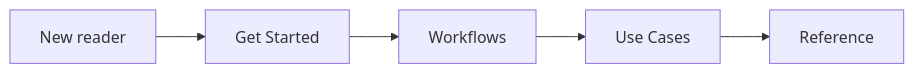
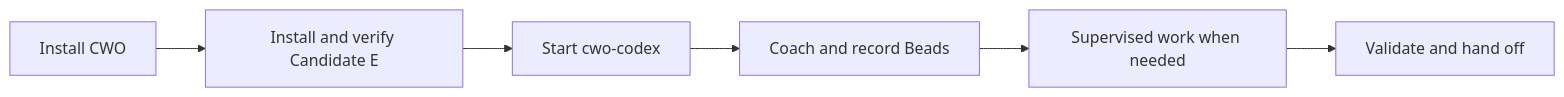
One commit to gprocunier/complex-work-orchestration changed the first of 2 diagrams in README.md. Above: the diagram before and after it, drawn with Mermaid. The commit also changed other lines of this file and 28 other files, not shown here.

````diff
--- a/README.md
+++ b/README.md
@@ -44,7 +48,8 @@
 ```mermaid
 flowchart LR
-    A[New reader] --> B[Get Started]
-    B --> C[Workflows]
-    C --> D[Use Cases]
-    D --> E[Reference]
+    A[Install CWO] --> B[Install and verify Candidate E]
+    B --> C[Start cwo-codex]
+    C --> D[Coach and record Beads]
+    D --> E[Supervised work when needed]
+    E --> F[Validate and hand off]
 ```
````
